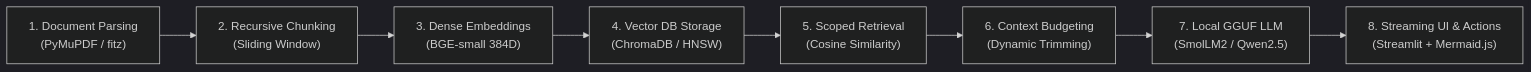
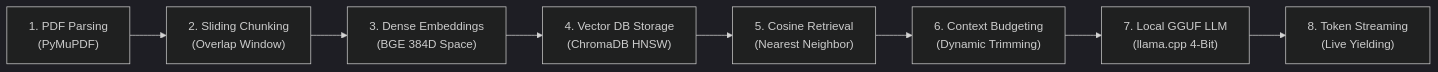
Before and after one commit to Sujalkathait/docmind-RaG: the third of 4 diagrams in README.md, drawn with Mermaid (dark theme). The commit also changed other lines of this file, not shown here.

Commit message:
docs: enrich README with beginner-friendly CS/AI concepts, full asset image showcase, and architectural walkthrough

````diff
--- a/README.md
+++ b/README.md
@@ -144,10 +149,10 @@
 ```mermaid
 flowchart LR
-    A["1. Document Parsing<br/>(PyMuPDF / fitz)"] --> B["2. Recursive Chunking<br/>(Sliding Window)"]
-    B --> C["3. Dense Embeddings<br/>(BGE-small 384D)"]
-    C --> D["4. Vector DB Storage<br/>(ChromaDB / HNSW)"]
-    D --> E["5. Scoped Retrieval<br/>(Cosine Similarity)"]
+    A["1. PDF Parsing<br/>(PyMuPDF)"] --> B["2. Sliding Chunking<br/>(Overlap Window)"]
+    B --> C["3. Dense Embeddings<br/>(BGE 384D Space)"]
+    C --> D["4. Vector DB Storage<br/>(ChromaDB HNSW)"]
+    D --> E["5. Cosine Retrieval<br/>(Nearest Neighbor)"]
     E --> F["6. Context Budgeting<br/>(Dynamic Trimming)"]
-    F --> G["7. Local GGUF LLM<br/>(SmolLM2 / Qwen2.5)"]
-    G --> H["8. Streaming UI & Actions<br/>(Streamlit + Mermaid.js)"]
+    F --> G["7. Local GGUF LLM<br/>(llama.cpp 4-Bit)"]
+    G --> H["8. Token Streaming<br/>(Live Yielding)"]
 ```
````
